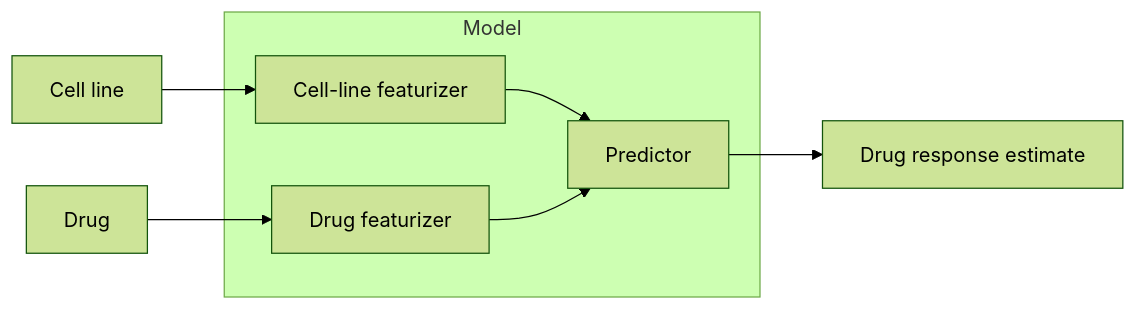
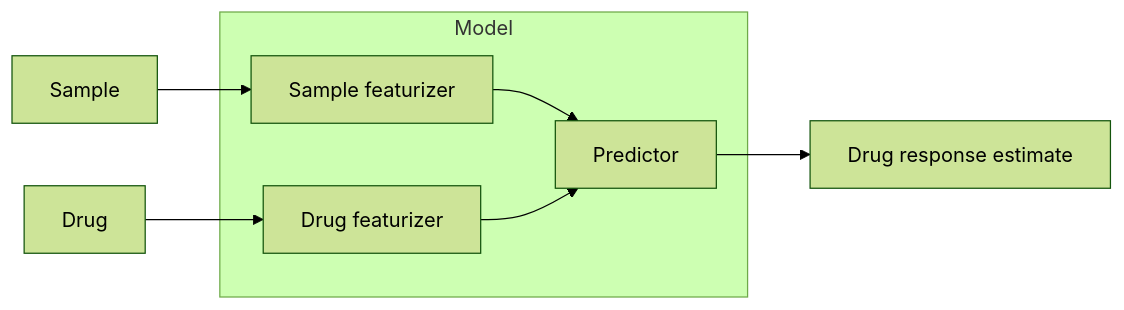
The diagram in docs/concepts/component_catalog.rst (daisybio/drevalpy), drawn with Mermaid (forest theme) before and after one commit. The commit also changed other lines of this file and 413 other files, not shown here.

First line of the commit message:
refactor!: rename cell line to sample across code, tests, zoo and docs

```diff
--- a/docs/concepts/component_catalog.rst
+++ b/docs/concepts/component_catalog.rst
@@ -11,18 +11,18 @@
 .. mermaid::
 
    flowchart LR
-      cellLineData["Cell line"]
+      sampleData["Sample"]
       drugData["Drug"]
       responseEstimate["Drug response estimate"]
 
       subgraph model [Model]
-         cellLineFeaturizer["Cell-line featurizer"]
+         sampleFeaturizer["Sample featurizer"]
          drugFeaturizer["Drug featurizer"]
          predictor["Predictor"]
       end
 
-      cellLineData --> cellLineFeaturizer
+      sampleData --> sampleFeaturizer
       drugData --> drugFeaturizer
-      cellLineFeaturizer --> predictor
+      sampleFeaturizer --> predictor
       drugFeaturizer --> predictor
       predictor --> responseEstimate
```
